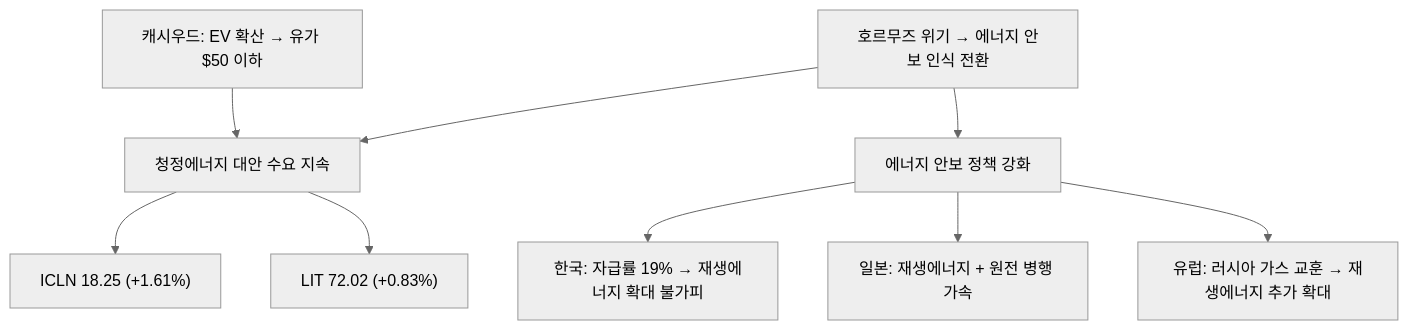
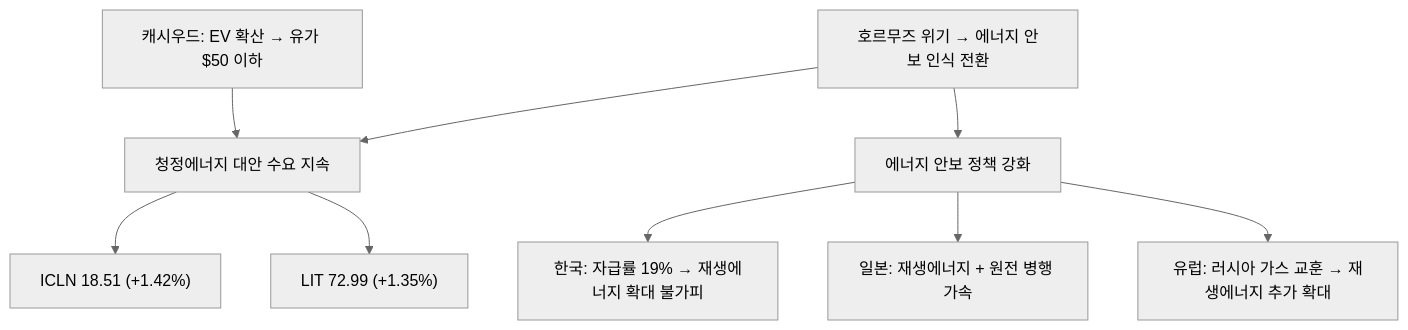
Before and after one commit to dss99911/dss99911.github.io: the eighth of 11 diagrams in _posts/knowledge/invest/2026-03-07-energy-sector-outlook-2026.md, drawn with Mermaid (neutral theme). The commit also changed other lines of this file and 4 other files, not shown here.

````diff
--- a/_posts/knowledge/invest/2026-03-07-energy-sector-outlook-2026.md
+++ b/_posts/knowledge/invest/2026-03-07-energy-sector-outlook-2026.md
@@ -319,11 +330,11 @@
 ```mermaid
 graph TD
     A["호르무즈 위기 → 에너지 안보 인식 전환"] --> B["청정에너지 대안 수요 지속"]
-    B --> C["ICLN 18.25 (+1.61%)"]
-    B --> D["LIT 72.02 (+0.83%)"]
+    B --> C["ICLN 18.51 (+1.42%)"]
+    B --> D["LIT 72.99 (+1.35%)"]
     A --> E["에너지 안보 정책 강화"]
     E --> F["한국: 자급률 19% → 재생에너지 확대 불가피"]
     E --> G["일본: 재생에너지 + 원전 병행 가속"]
     E --> H["유럽: 러시아 가스 교훈 → 재생에너지 추가 확대"]
     I["캐시우드: EV 확산 → 유가 $50 이하"] --> B
 ```
````
